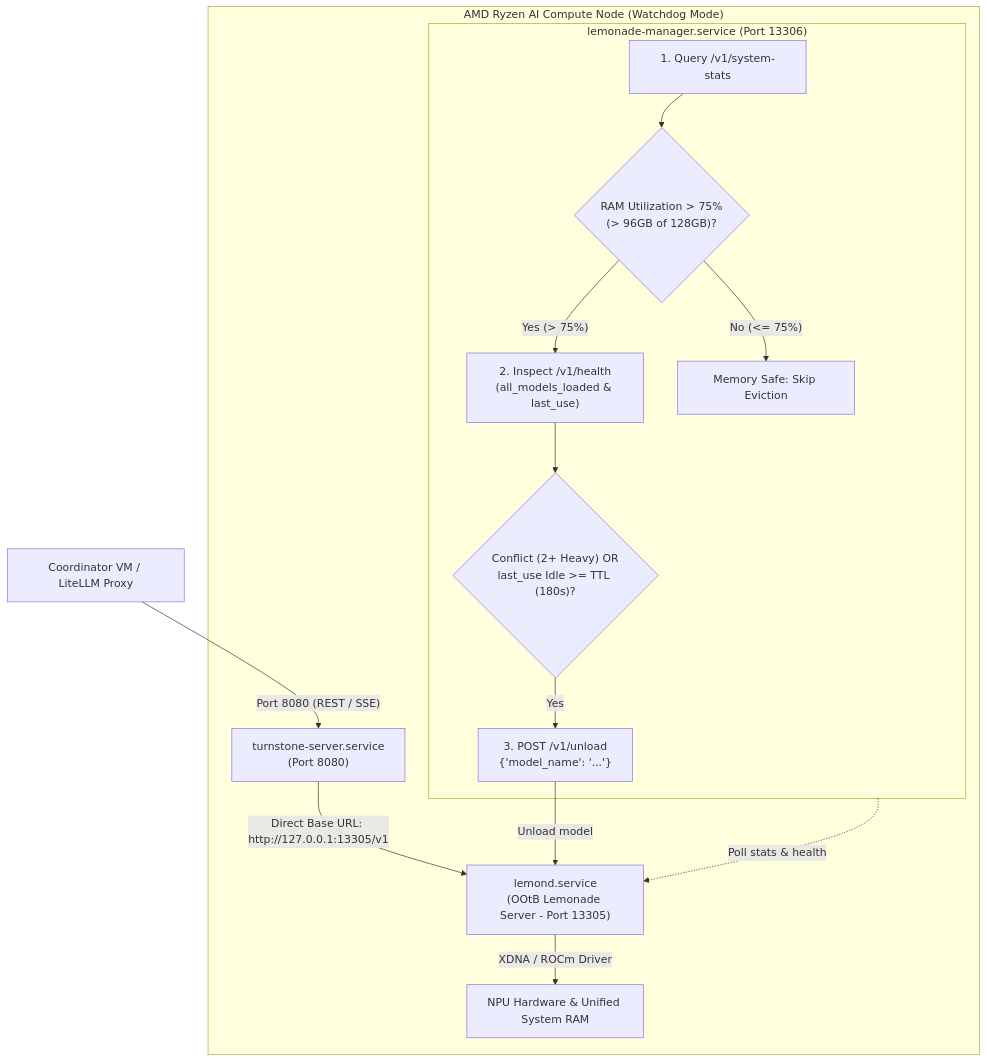
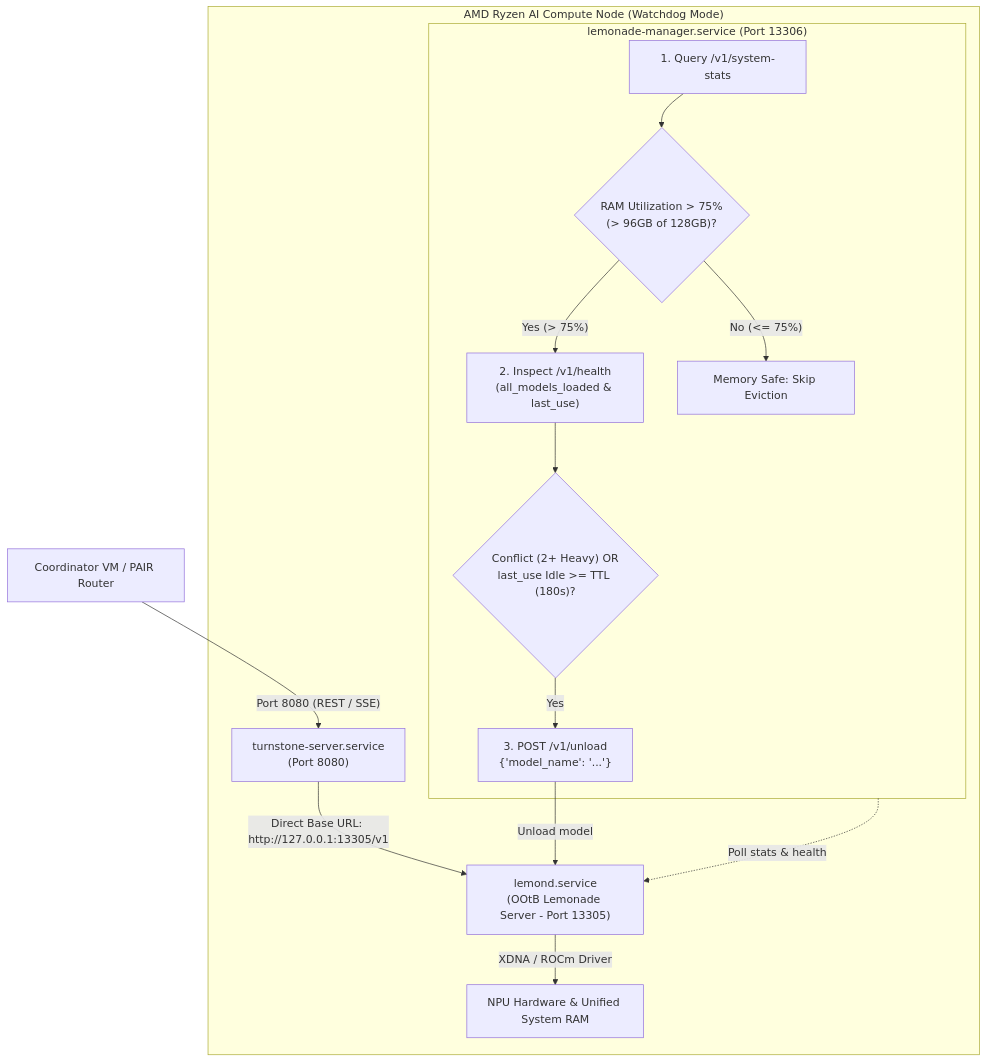
Before and after one commit to teqonix/turnstone-teqonix: the diagram in .github/issues/bare_metal_migration/ryzen_node_custom/README.md, drawn with Mermaid. The commit also changed 35 other files, not shown here.

Commit message:
Clean up stack: remove LiteLLM in favor of PAIR, move Ryzen helpers to ryzen_node_custom

````diff
--- a/.github/issues/bare_metal_migration/ryzen_node_custom/README.md
+++ b/.github/issues/bare_metal_migration/ryzen_node_custom/README.md
@@ -13,27 +13,27 @@
 ```mermaid
 flowchart TD
-    Coordinator["Coordinator VM / LiteLLM Proxy"] -->|"Port 8080 (REST / SSE)"| TurnstoneServer["turnstone-server.service<br/>(Port 8080)"]
+    Coordinator["Coordinator VM / PAIR Router"] -->|"Port 8080 (REST / SSE)"| TurnstoneServer["turnstone-server.service<br/>(Port 8080)"]
     
     subgraph RyzenNode["AMD Ryzen AI Compute Node (Watchdog Mode)"]
         TurnstoneServer -->|"Direct Base URL: http://127.0.0.1:13305/v1"| Lemond["lemond.service<br/>(OOtB Lemonade Server - Port 13305)"]
         
         subgraph Sidecar["lemonade-manager.service (Port 13306)"]
             StatsPoller["1. Query /v1/system-stats"]
             MemCheck{"RAM Utilization > 75%<br/>(> 96GB of 128GB)?"}
             HealthPoller["2. Inspect /v1/health<br/>(all_models_loaded & last_use)"]
             SafeWindow["Memory Safe: Skip Eviction"]
             ConflictOrTTL{"Conflict (2+ Heavy) OR<br/>last_use Idle >= TTL (180s)?"}
             EvictAction["3. POST /v1/unload<br/>{'model_name': '...'}"]
         end
         
         Sidecar -.->|"Poll stats & health"| Lemond
         StatsPoller --> MemCheck
         MemCheck -->|"No (<= 75%)"| SafeWindow
         MemCheck -->|"Yes (> 75%)"| HealthPoller
         HealthPoller --> ConflictOrTTL
         ConflictOrTTL -->|"Yes"| EvictAction
         EvictAction -->|"Unload model"| Lemond
         
         Lemond -->|"XDNA / ROCm Driver"| Hardware["NPU Hardware & Unified System RAM"]
     end
 ```
````
